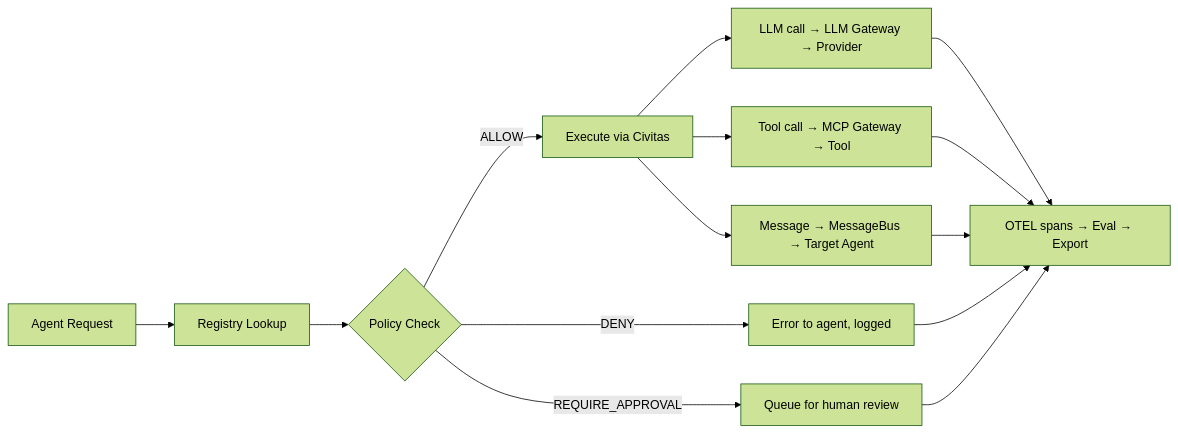
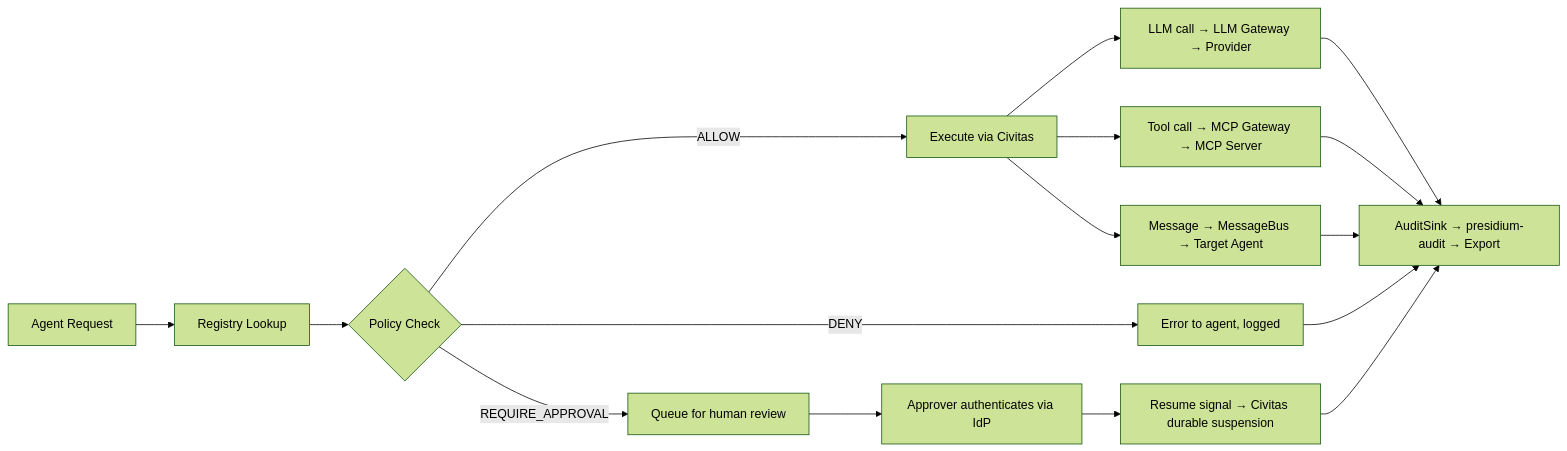
Before and after one commit to civitas-io/presidium: the second of 2 diagrams in docs/architecture/overview.md, drawn with Mermaid (forest theme). The commit also changed other lines of this file and 7 other files, not shown here.

````diff
--- a/docs/architecture/overview.md
+++ b/docs/architecture/overview.md
@@ -90,16 +145,18 @@
 ```mermaid
 flowchart LR
     A[Agent Request] --> B[Registry Lookup]
     B --> C{Policy Check}
     C -->|ALLOW| D[Execute via Civitas]
     D --> D1[LLM call → LLM Gateway → Provider]
-    D --> D2[Tool call → MCP Gateway → Tool]
+    D --> D2[Tool call → MCP Gateway → MCP Server]
     D --> D3[Message → MessageBus → Target Agent]
     C -->|DENY| E[Error to agent, logged]
     C -->|REQUIRE_APPROVAL| F[Queue for human review]
-    D1 --> G[OTEL spans → Eval → Export]
+    F --> F1[Approver authenticates via IdP]
+    F1 --> F2[Resume signal → Civitas durable suspension]
+    D1 --> G[AuditSink → presidium-audit → Export]
     D2 --> G
     D3 --> G
     E --> G
-    F --> G
+    F2 --> G
 ```
````
